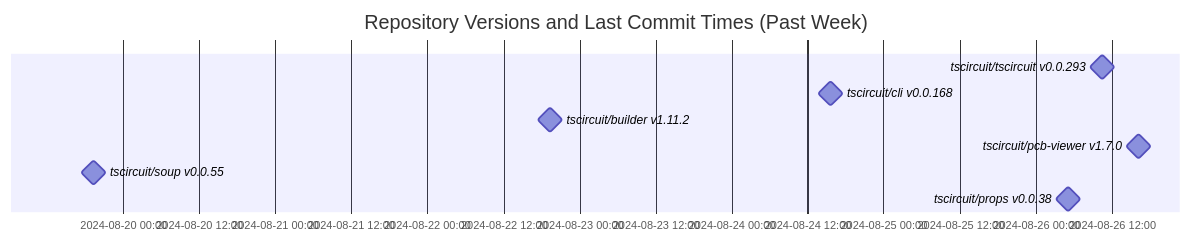
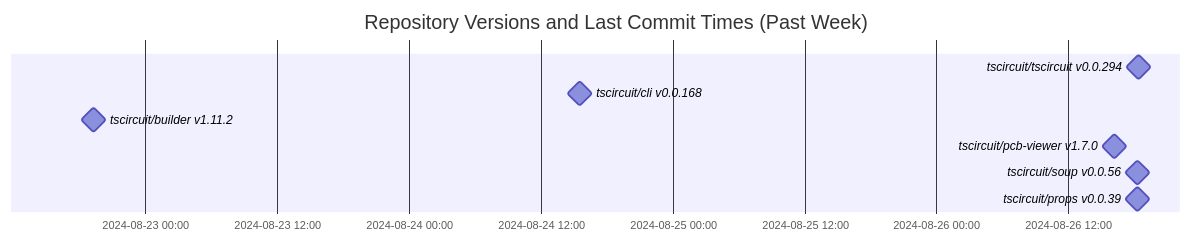
The diagram in README.md (tscircuit/version-tracker), drawn with Mermaid before and after one commit.

Commit message:
Update chart

````diff
--- a/README.md
+++ b/README.md
@@ -1,13 +1,13 @@
 ```mermaid
 gantt
   dateFormat  YYYY-MM-DD HH:mm:ss
   title Repository Versions and Last Commit Times (Past Week)
   axisFormat %Y-%m-%d %H:%M
 
-  tscircuit/tscircuit v0.0.293 : milestone, 2024-08-26 10:30:38, 1s
+  tscircuit/tscircuit v0.0.294 : milestone, 2024-08-26 18:22:23, 1s
   tscircuit/cli v0.0.168 : milestone, 2024-08-24 15:32:19, 1s
   tscircuit/builder v1.11.2 : milestone, 2024-08-22 19:17:19, 1s
   tscircuit/pcb-viewer v1.7.0 : milestone, 2024-08-26 16:11:24, 1s
-  tscircuit/soup v0.0.55 : milestone, 2024-08-19 19:22:24, 1s
-  tscircuit/props v0.0.38 : milestone, 2024-08-26 05:00:48, 1s
+  tscircuit/soup v0.0.56 : milestone, 2024-08-26 18:17:15, 1s
+  tscircuit/props v0.0.39 : milestone, 2024-08-26 18:16:02, 1s
 ```
````
